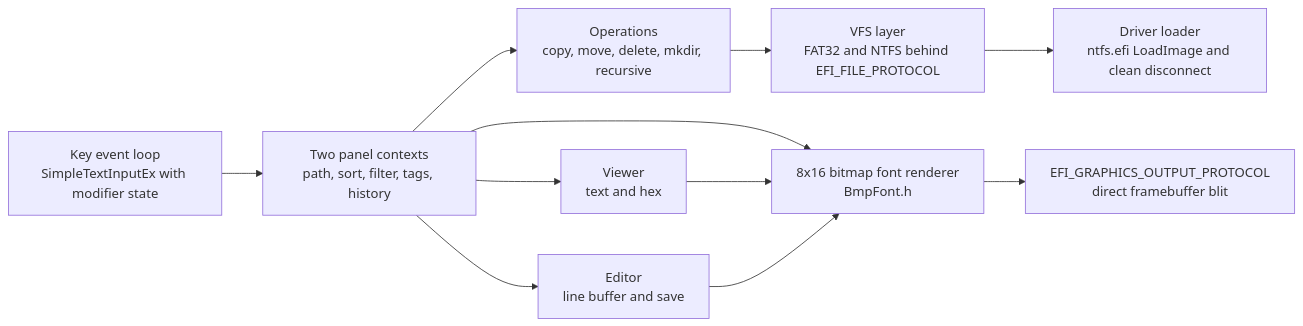
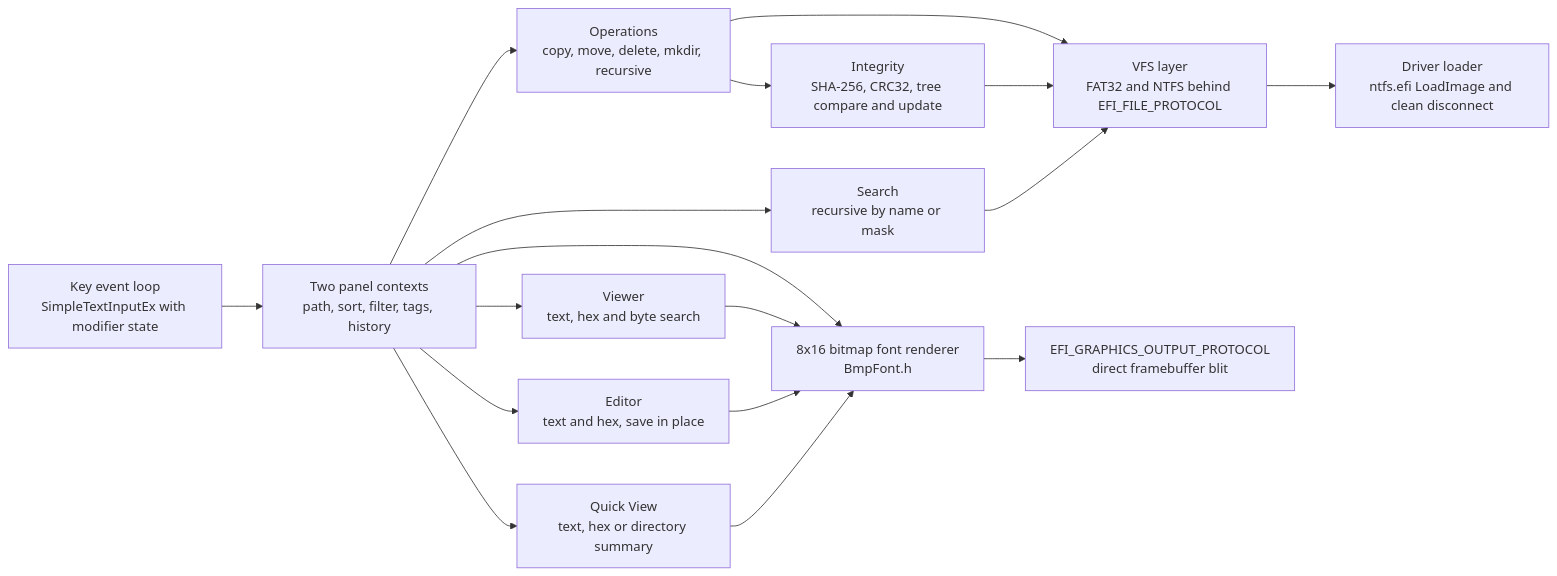
The fourth of 5 diagrams in README.md (wesmar/NTFS_EFI), drawn with Mermaid before and after one commit. The commit also changed other lines of this file and 34 other files, not shown here.

````diff
--- a/README.md
+++ b/README.md
@@ -479,23 +486,32 @@
 ```mermaid
 flowchart LR
     KEY["Key event loop<br/>SimpleTextInputEx with modifier state"]
     PANELS["Two panel contexts<br/>path, sort, filter, tags, history"]
     OPS["Operations<br/>copy, move, delete, mkdir, recursive"]
+    INTEG["Integrity<br/>SHA-256, CRC32, tree compare and update"]
+    FIND["Search<br/>recursive by name or mask"]
     VFS["VFS layer<br/>FAT32 and NTFS behind EFI_FILE_PROTOCOL"]
     LOADER["Driver loader<br/>ntfs.efi LoadImage and clean disconnect"]
-    VIEW["Viewer<br/>text and hex"]
-    EDIT["Editor<br/>line buffer and save"]
+    VIEW["Viewer<br/>text, hex and byte search"]
+    EDIT["Editor<br/>text and hex, save in place"]
+    QV["Quick View<br/>text, hex or directory summary"]
     FONT["8x16 bitmap font renderer<br/>BmpFont.h"]
     GOP["EFI_GRAPHICS_OUTPUT_PROTOCOL<br/>direct framebuffer blit"]
 
     KEY --> PANELS
     PANELS --> OPS
     PANELS --> VIEW
     PANELS --> EDIT
+    PANELS --> QV
+    PANELS --> FIND
+    OPS --> INTEG
     OPS --> VFS
+    INTEG --> VFS
+    FIND --> VFS
     VFS --> LOADER
     PANELS --> FONT
     VIEW --> FONT
     EDIT --> FONT
+    QV --> FONT
     FONT --> GOP
 ```
````
